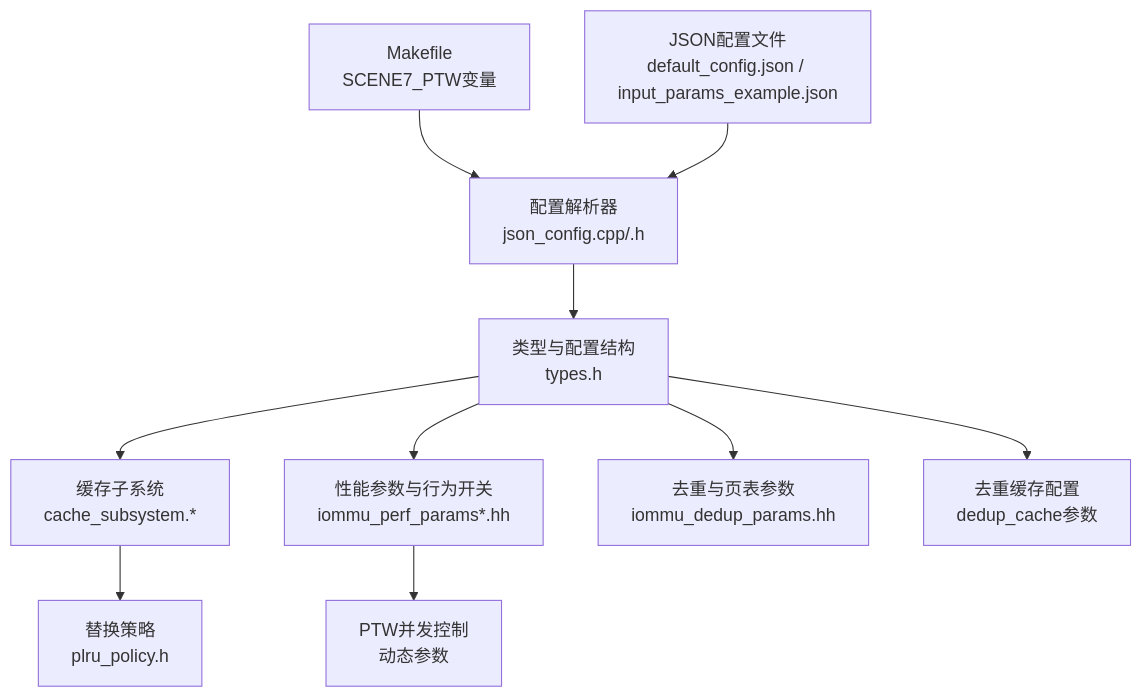
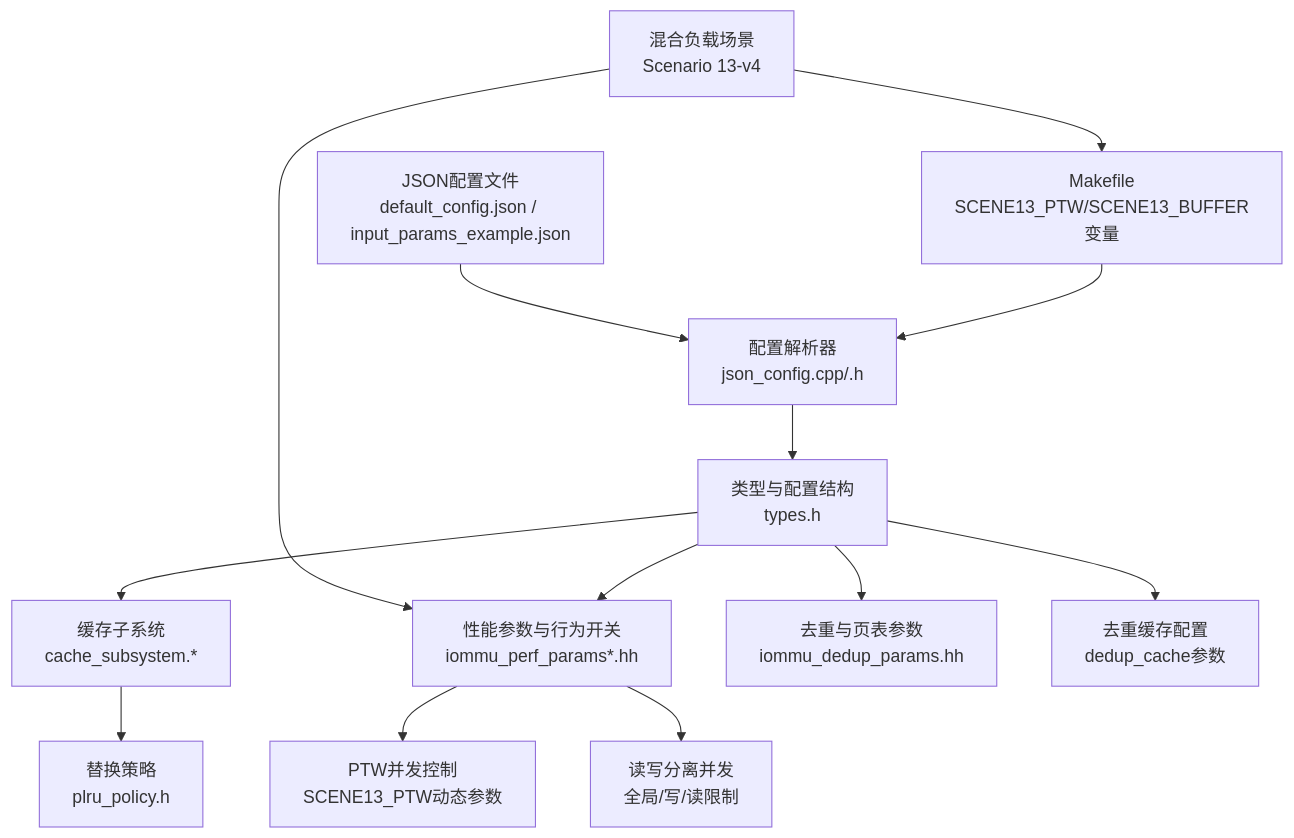
The first of 4 diagrams in .qoder/repowiki/zh/content/配置与参数/配置与参数.md (jiangjiang1122/iommu_model_20260401_v1), drawn with Mermaid before and after one commit. The commit also changed other lines of this file and 159 other files, not shown here.

Commit message:
chore: 更新知识库文档 + 新增PTW并发分析图表与数据文件

````diff
--- a/.qoder/repowiki/zh/content/配置与参数/配置与参数.md
+++ b/.qoder/repowiki/zh/content/配置与参数/配置与参数.md
@@ -59,22 +64,27 @@
 ```mermaid
 graph TB
-A["Makefile<br/>SCENE7_PTW变量"]
+A["Makefile<br/>SCENE13_PTW/SCENE13_BUFFER变量"]
 B["JSON配置文件<br/>default_config.json / input_params_example.json"]
 C["配置解析器<br/>json_config.cpp/.h"]
 D["类型与配置结构<br/>types.h"]
 E["缓存子系统<br/>cache_subsystem.*"]
 F["替换策略<br/>plru_policy.h"]
 G["性能参数与行为开关<br/>iommu_perf_params*.hh"]
 H["去重与页表参数<br/>iommu_dedup_params.hh"]
 I["去重缓存配置<br/>dedup_cache参数"]
-J["PTW并发控制<br/>动态参数"]
+J["PTW并发控制<br/>SCENE13_PTW动态参数"]
+K["读写分离并发<br/>全局/写/读限制"]
+L["混合负载场景<br/>Scenario 13-v4"]
 A --> C
 B --> C
 C --> D
 D --> E
 E --> F
 D --> G
 D --> H
 D --> I
 G --> J
+G --> K
+L --> A
+L --> G
 ```
````
